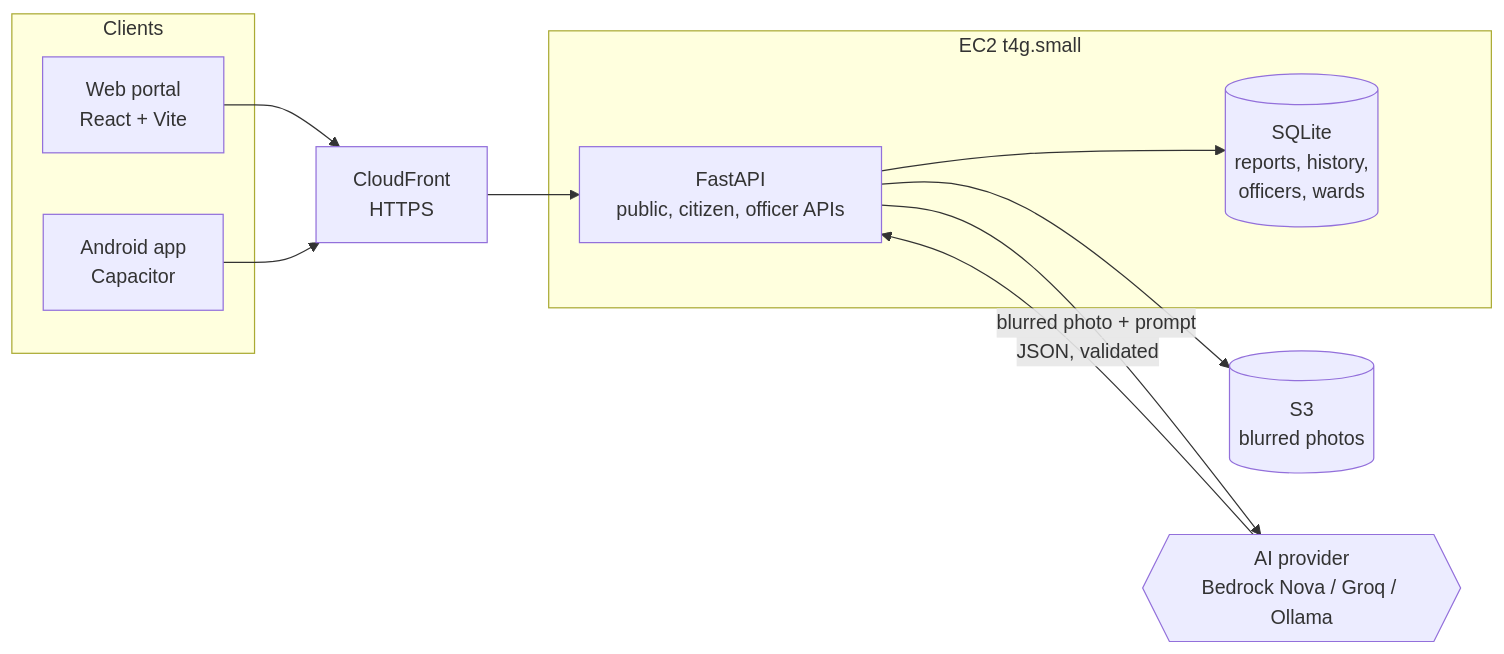
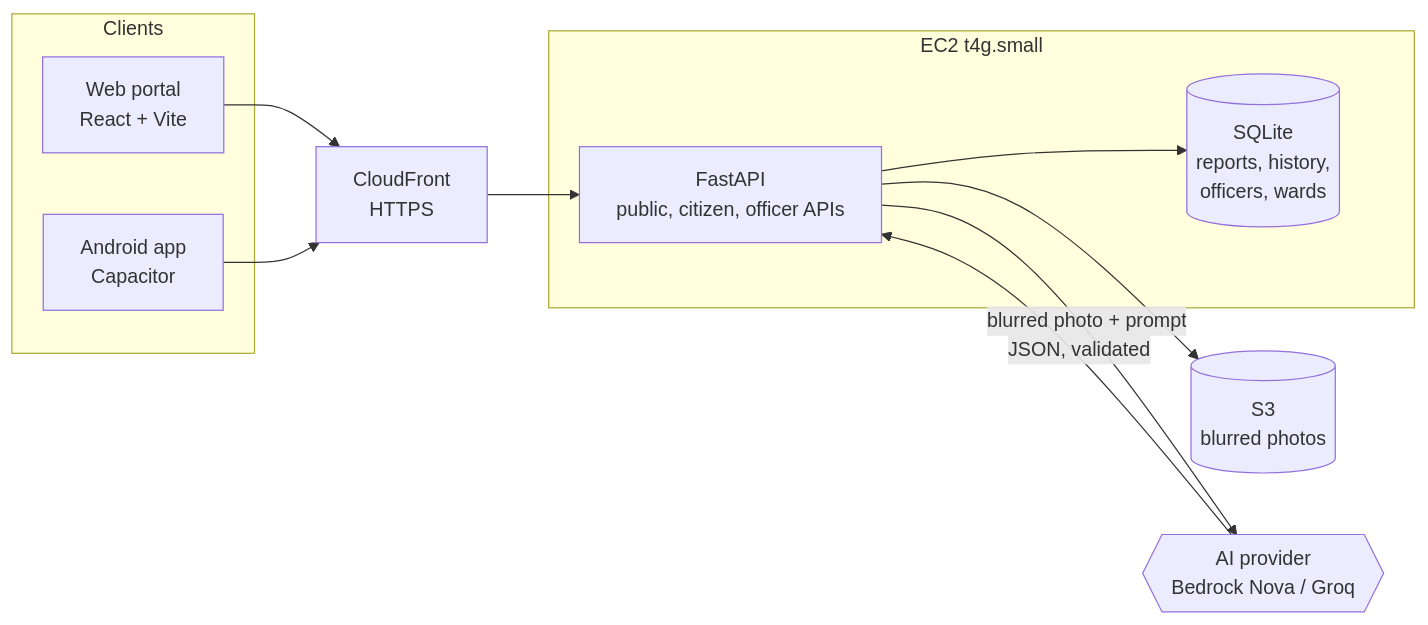
Before and after one commit to ibrahimasamake/rastescan: the diagram in README.md, drawn with Mermaid. The commit also changed other lines of this file and 23 other files, not shown here.

Commit message:
Remove Ollama and YOLO; keep Groq, AWS Bedrock and the fake test mode

````diff
--- a/README.md
+++ b/README.md
@@ -23,20 +23,20 @@
 ```mermaid
 flowchart LR
   subgraph Clients
     W[Web portal<br/>React + Vite]
     A[Android app<br/>Capacitor]
   end
   CF[CloudFront<br/>HTTPS]
   subgraph EC2 [EC2 t4g.small]
     API[FastAPI<br/>public, citizen, officer APIs]
     DB[(SQLite<br/>reports, history,<br/>officers, wards)]
   end
   S3[(S3<br/>blurred photos)]
-  AI{{AI provider<br/>Bedrock Nova / Groq / Ollama}}
+  AI{{AI provider<br/>Bedrock Nova / Groq}}
   W --> CF --> API
   A --> CF
   API --> DB
   API --> S3
   API -->|blurred photo + prompt| AI
   AI -->|JSON, validated| API
 ```
````
